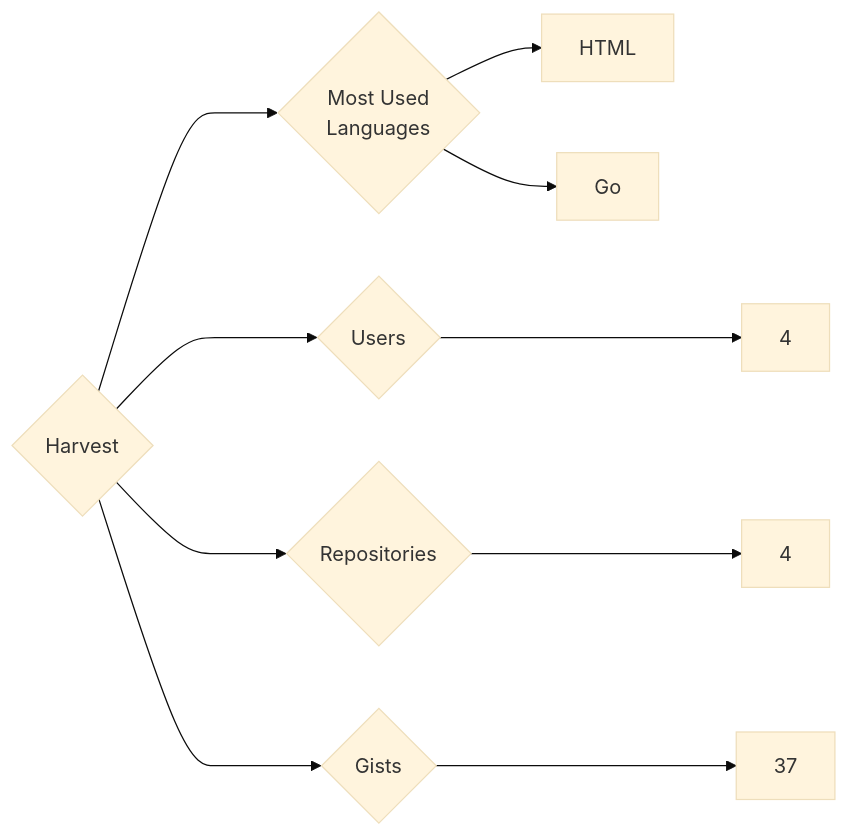
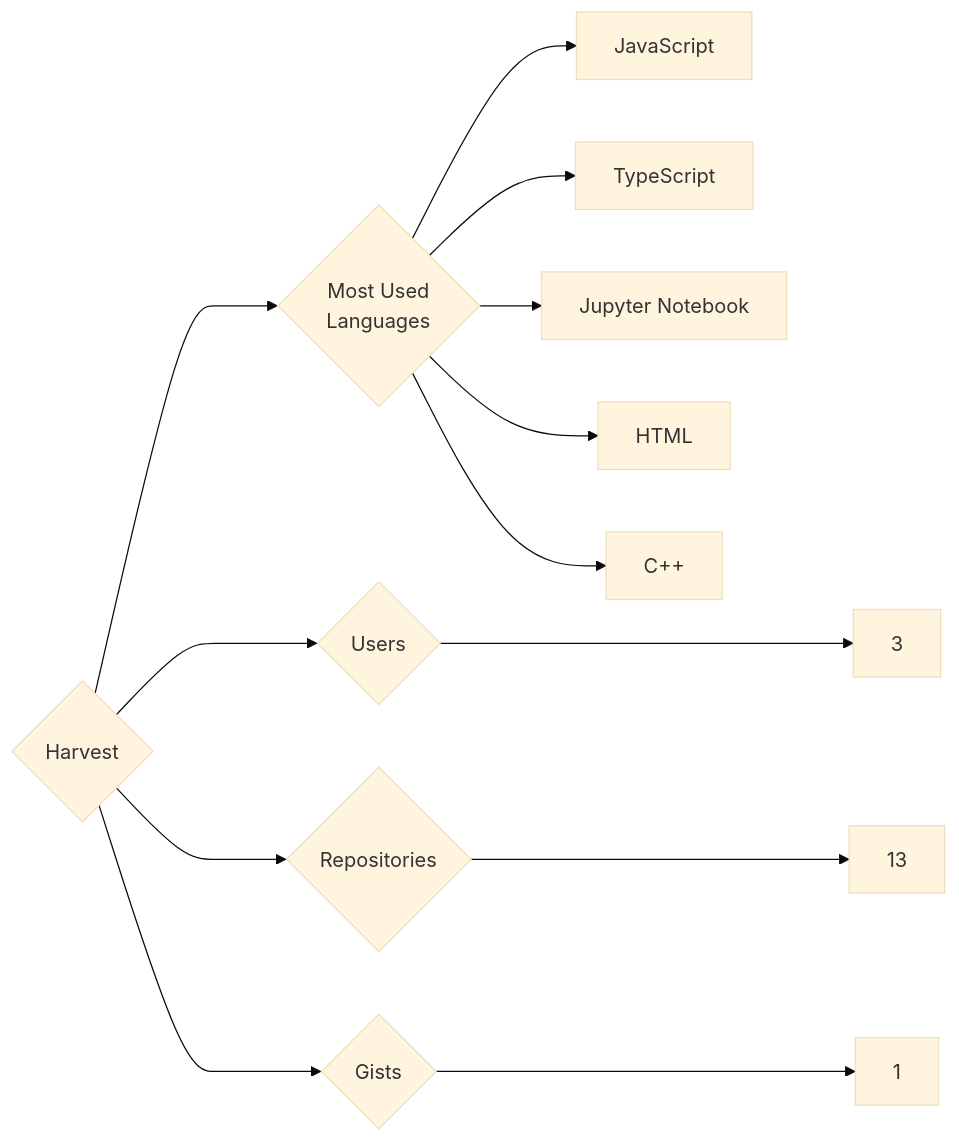
Before and after one commit to trickest/insiders: the diagram in targets/Harvest/README.md, drawn with Mermaid (base theme). The commit also changed 891 other files, not shown here.

````diff
--- a/targets/Harvest/README.md
+++ b/targets/Harvest/README.md
@@ -3,10 +3,13 @@
 ```mermaid
 graph LR
 COMPANY_NAME{Harvest}
-COMPANY_NAME ---> U{Users} ---> UN[4]
-COMPANY_NAME ---> R{Repositories} ---> RN[4]
-COMPANY_NAME ---> G{Gists} ---> GN[37]
+COMPANY_NAME ---> U{Users} ---> UN[3]
+COMPANY_NAME ---> R{Repositories} ---> RN[13]
+COMPANY_NAME ---> G{Gists} ---> GN[1]
 COMPANY_NAME ---> ML{Most Used<br>Languages}
+ML --> JavaScript[JavaScript]
+ML --> TypeScript[TypeScript]
+ML --> Jupyter_Notebook[Jupyter Notebook]
 ML --> HTML[HTML]
-ML --> Go[Go]
+ML --> C++[C++]
 ```
````
